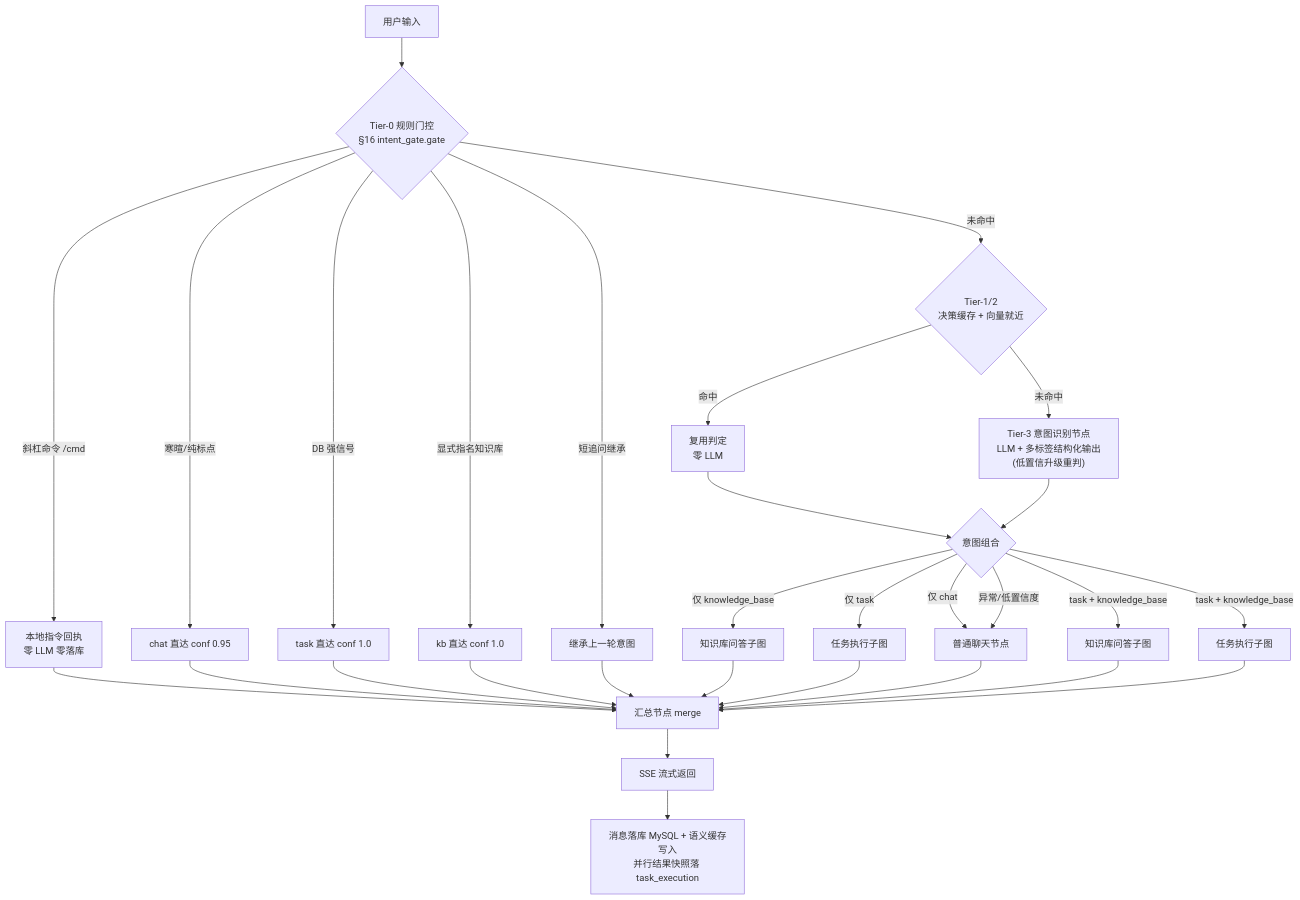
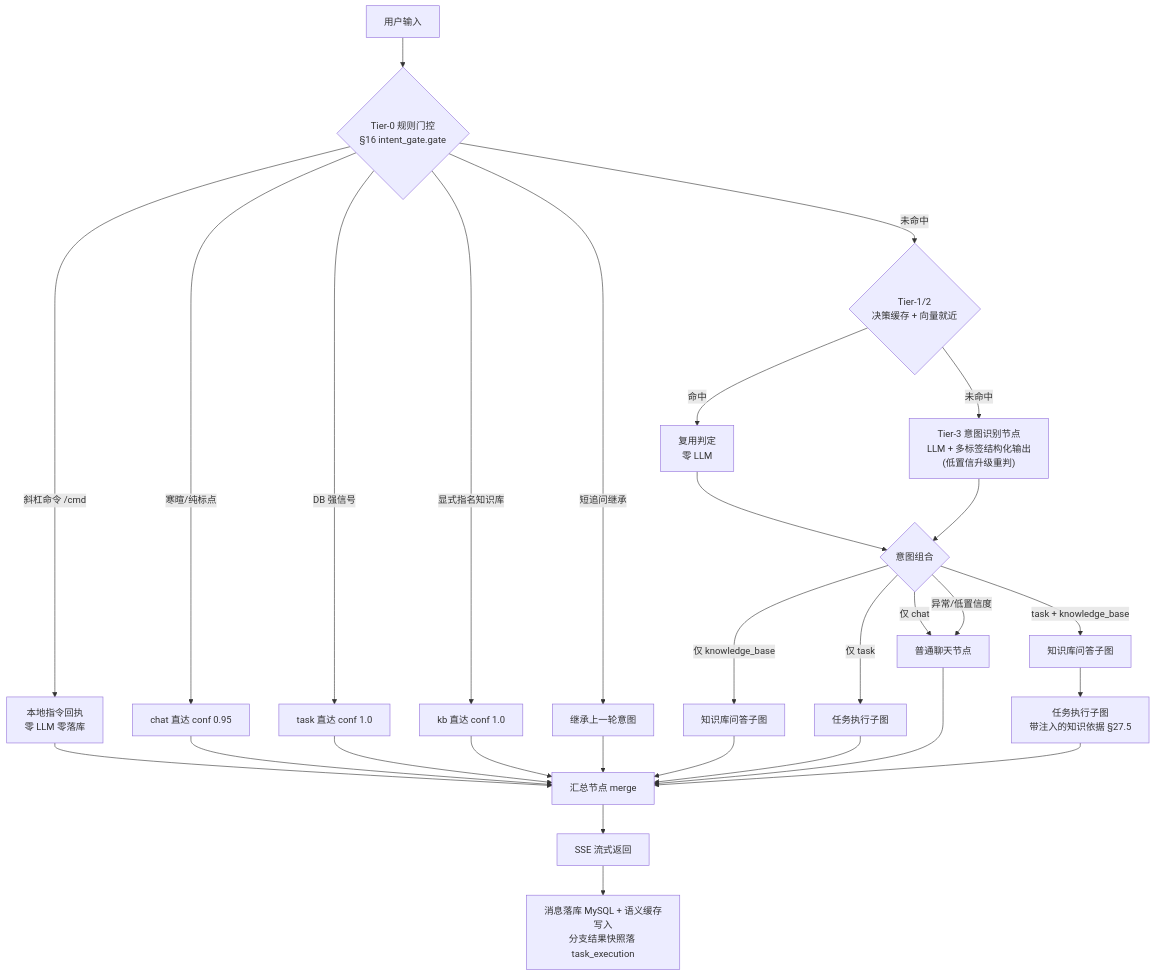
One commit to zzdcoder/lingxi-agent-new changed the first of 8 diagrams in docs/lingxi_agent_langgraph_redesign.md. Above: the diagram before and after it, drawn with Mermaid. The commit also changed other lines of this file and 12 other files, not shown here.

````diff
--- a/docs/lingxi_agent_langgraph_redesign.md
+++ b/docs/lingxi_agent_langgraph_redesign.md
@@ -425,32 +456,31 @@
 ```mermaid
 flowchart TD
     A[用户输入] --> A0{"Tier-0 规则门控<br/>§16 intent_gate.gate"}
     A0 -->|斜杠命令 /cmd| A1[本地指令回执<br/>零 LLM 零落库]
     A0 -->|寒暄/纯标点| A2[chat 直达 conf 0.95]
     A0 -->|DB 强信号| A3[task 直达 conf 1.0]
     A0 -->|显式指名知识库| A4[kb 直达 conf 1.0]
     A0 -->|短追问继承| A5[继承上一轮意图]
     A0 -->|未命中| A6{"Tier-1/2<br/>决策缓存 + 向量就近"}
     A6 -->|命中| A7[复用判定<br/>零 LLM]
     A6 -->|未命中| B["Tier-3 意图识别节点<br/>LLM + 多标签结构化输出<br/>(低置信升级重判)"]
     A1 --> I[汇总节点 merge]
     A2 --> I
     A3 --> I
     A4 --> I
     A5 --> I
     A7 --> C{意图组合}
     B --> C
     C -->|仅 knowledge_base| D[知识库问答子图]
     C -->|仅 task| E[任务执行子图]
     C -->|仅 chat| F[普通聊天节点]
     C -->|task + knowledge_base| G[知识库问答子图]
-    C -->|task + knowledge_base| H[任务执行子图]
     C -->|异常/低置信度| F
     D --> I
     E --> I
     F --> I
-    G --> I
+    G --> H[任务执行子图<br/>带注入的知识依据 §27.5]
     H --> I
     I --> J[SSE 流式返回]
-    J --> K[消息落库 MySQL + 语义缓存写入<br/>并行结果快照落 task_execution]
+    J --> K[消息落库 MySQL + 语义缓存写入<br/>分支结果快照落 task_execution]
 ```
````
